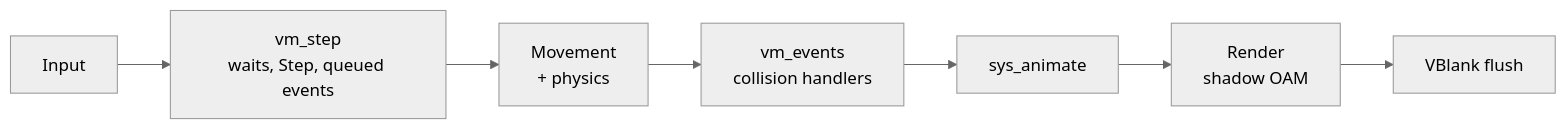
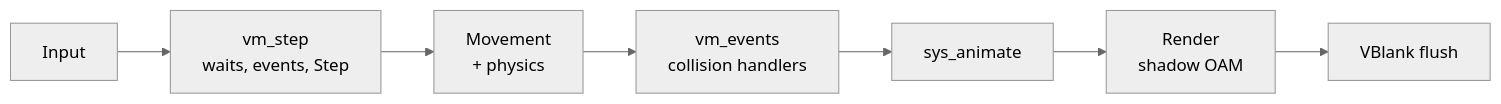
The diagram in docs/frame-loop.md (StevenGann/Serval-Engine), drawn with Mermaid (neutral theme) before and after one commit. The commit also changed other lines of this file and 1 other file, not shown here.

Commit message:
Fix the VM's first-frame order and settle the implementer's findings
The spec ran an entity's Step handler before its Create on the first
frame (Step handlers ran before the queue was drained). vm_step now
resumes waits, queues Animation End, drains, runs Step handlers, and
drains again, and a binding's Create-pending flag keeps Step from
running before Create was dispatched, wherever the entity came from.

Animation End needed a source: sys_animate has no VM hook, so vm_step
edge-triggers it from anim_finished() for entities with a handler.
WAIT_ANIM re-checks for a one-shot animation on every resume pass, so
a sprite switched mid-wait can't hang the script. Warnings repeat once
per problem per loaded blob (a Step handler over budget no longer
warns every frame), loading during a phase is refused, and the test
plan agrees with the opcode reference: an unknown property warns and
continues, an unknown SYS id halts.

````diff
--- a/docs/frame-loop.md
+++ b/docs/frame-loop.md
@@ -15,4 +15,4 @@
 ```mermaid
 flowchart LR
-    A[Input] --> B[vm_step<br/>waits, Step, queued events] --> C[Movement<br/>+ physics] --> D[vm_events<br/>collision handlers] --> E[sys_animate] --> F[Render<br/>shadow OAM] --> G[VBlank flush]
+    A[Input] --> B[vm_step<br/>waits, events, Step] --> C[Movement<br/>+ physics] --> D[vm_events<br/>collision handlers] --> E[sys_animate] --> F[Render<br/>shadow OAM] --> G[VBlank flush]
 ```
````
